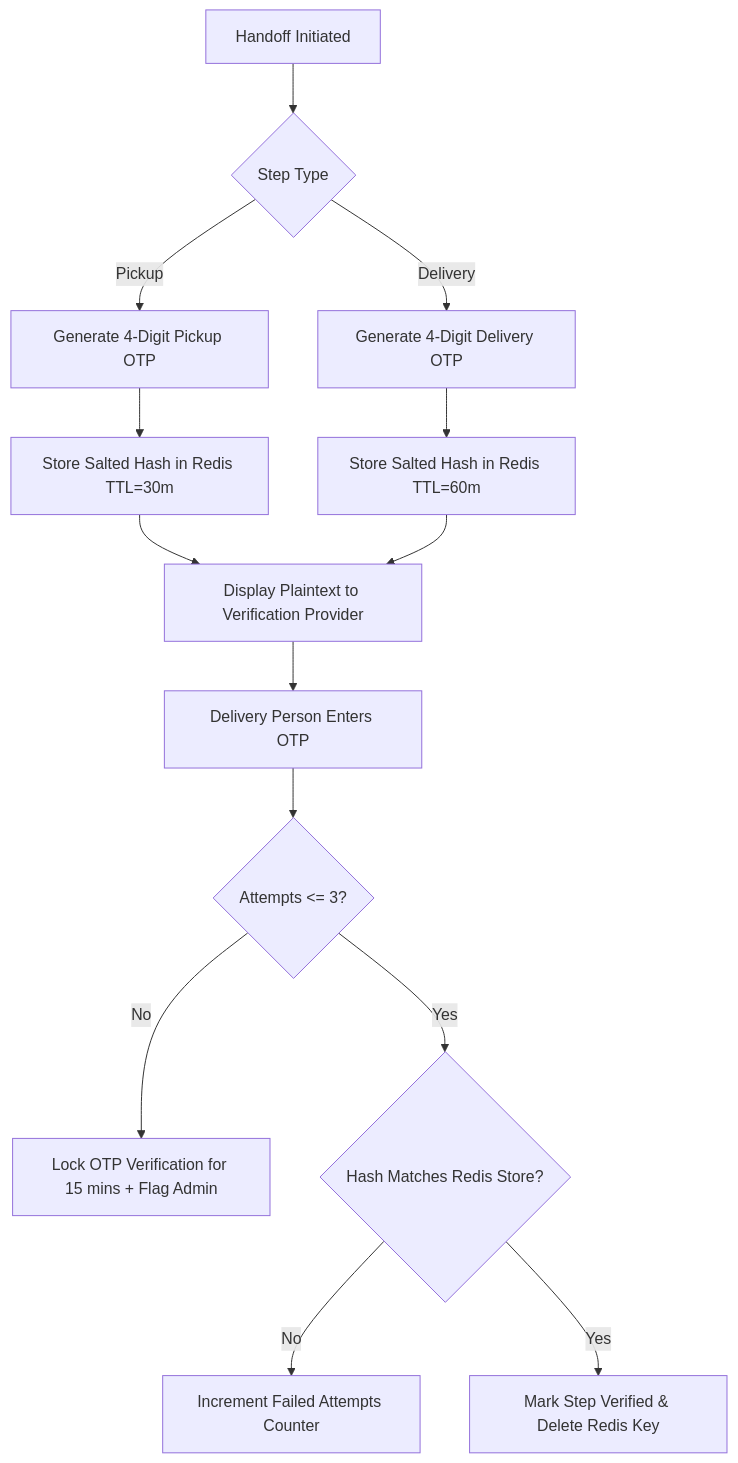
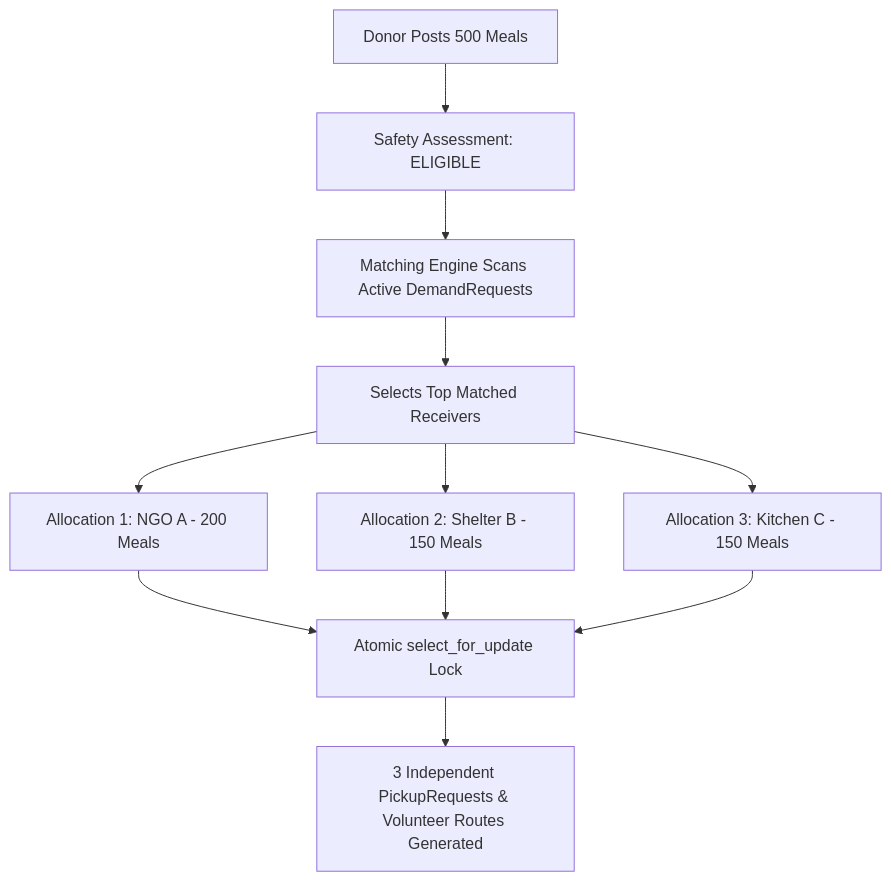
The fourth of 6 diagrams in 03_SANJOG_System_Architecture.md (pewdiepie4259/SANJOG), drawn with Mermaid before and after one commit. The commit also changed other lines of this file and 8 other files, not shown here.

Commit message:
docs: update SANJOG Food Rescue OS architecture, PRD, SRS, UI/UX, database design, test plan, and development pipeline

````diff
--- a/03_SANJOG_System_Architecture.md
+++ b/03_SANJOG_System_Architecture.md
@@ -220,16 +167,13 @@
 ```mermaid
 graph TD
-    A[Handoff Initiated] --> B{Step Type}
-    B -->|Pickup| C[Generate 4-Digit Pickup OTP]
-    B -->|Delivery| D[Generate 4-Digit Delivery OTP]
-    C --> E[Store Salted Hash in Redis TTL=30m]
-    D --> F[Store Salted Hash in Redis TTL=60m]
-    E --> G[Display Plaintext to Verification Provider]
-    F --> G
-    G --> H[Delivery Person Enters OTP]
-    H --> I{Attempts <= 3?}
-    I -->|No| J[Lock OTP Verification for 15 mins + Flag Admin]
-    I -->|Yes| K{Hash Matches Redis Store?}
-    K -->|No| L[Increment Failed Attempts Counter]
-    K -->|Yes| M[Mark Step Verified & Delete Redis Key]
+    A[Donor Posts 500 Meals] --> B[Safety Assessment: ELIGIBLE]
+    B --> C[Matching Engine Scans Active DemandRequests]
+    C --> D[Selects Top Matched Receivers]
+    D --> E[Allocation 1: NGO A - 200 Meals]
+    D --> F[Allocation 2: Shelter B - 150 Meals]
+    D --> G[Allocation 3: Kitchen C - 150 Meals]
+    E --> H[Atomic select_for_update Lock]
+    F --> H
+    G --> H
+    H --> I[3 Independent PickupRequests & Volunteer Routes Generated]
 ```
````
